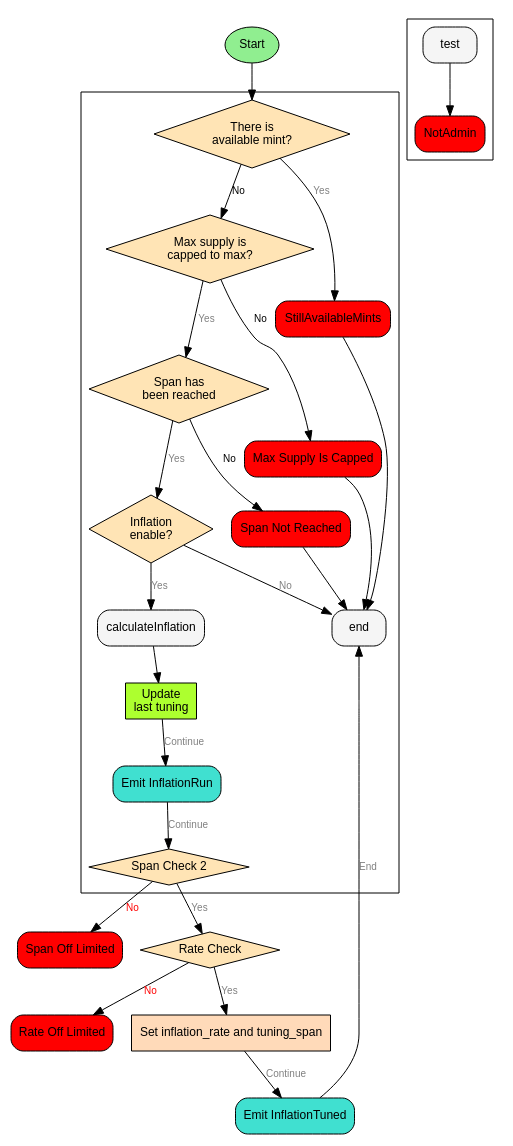
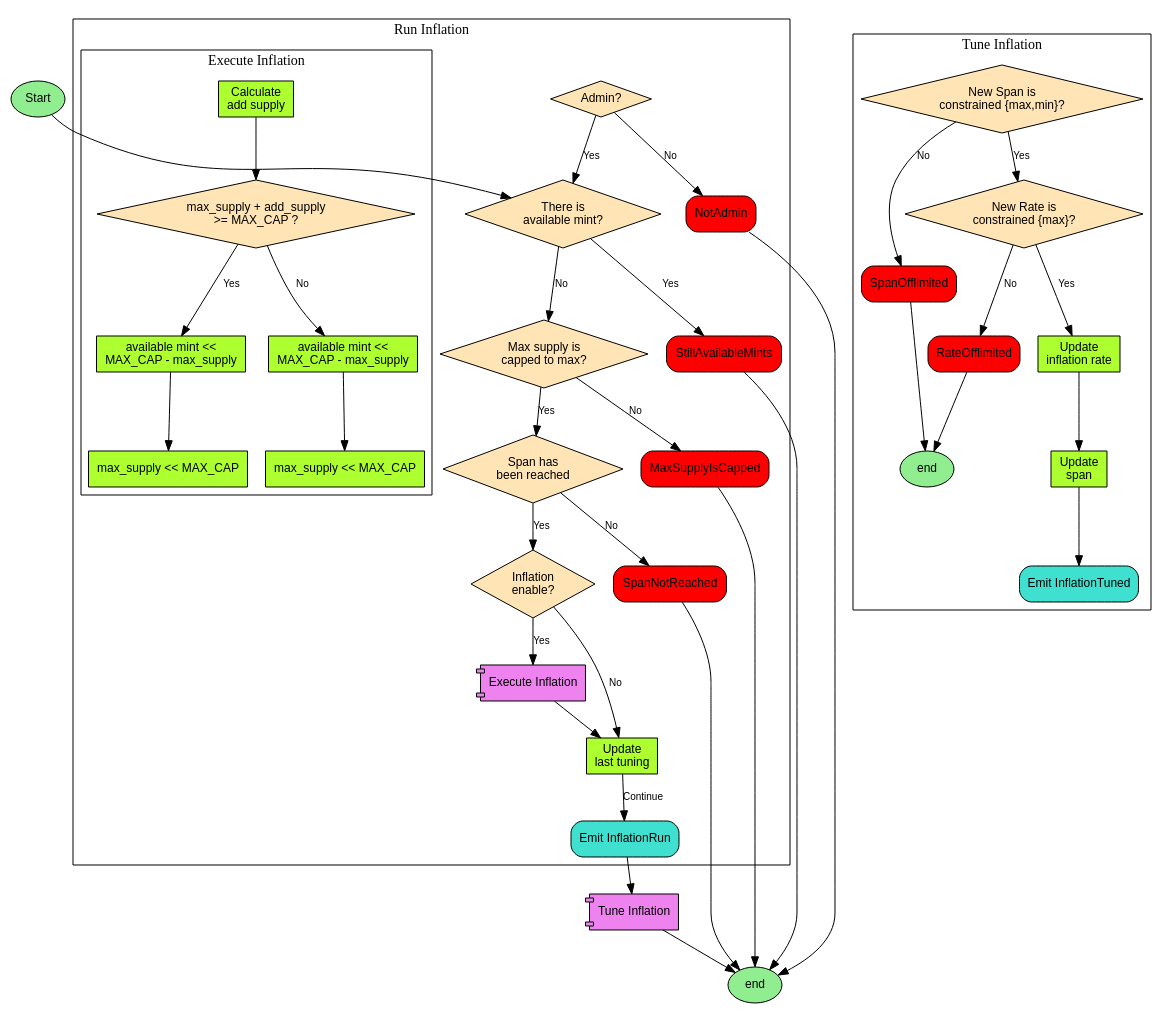
The diagram in doc/runInflation.dot (0xJournal/contracts-0xJ__GovernanceToken), drawn with Graphviz before and after one commit.

```diff
--- a/doc/runInflation.dot
+++ b/doc/runInflation.dot
@@ -1,74 +1,120 @@
 digraph {
     node [shape = box; style = "rounded, filled"; fillcolor = "#F5F5F5"; fontname = "Arial"; fontsize = 12;];
     edge [fontname = "Arial"; fontsize = 10;];
     
-    start [label = "Start";shape = "ellipse";style = "filled";fillcolor = "#90EE90";];
-    
-    start -> availableMintCheck;
-    
-    subgraph RunInflation2 {
-        cluster = true;
-        test -> revertNotAdmin;
+    subgraph StartEnd {
+        start [label = "Start";shape = "ellipse";style = "filled";fillcolor = "#90EE90";];
+        
+        start -> availableMintCheck;
+        
+        end [label = "end";shape = "ellipse";style = "filled";fillcolor = "#90EE90";];
     }
     
     subgraph RunInflation {
         cluster = true;
+        label = "Run Inflation";
+        
+        adminCheck [label = "Admin?";shape = "diamond";style = "filled";fillcolor = "#FFE4B5";];
+        adminCheck -> availableMintCheck [label = "Yes"; fontsize = 10;];
+        adminCheck -> revertNotAdmin [label = "No"; fontsize = 10;];
         revertNotAdmin [label = "NotAdmin";shape = "box";style = "rounded,filled";fillcolor = "red";];
         
         availableMintCheck [label = "There is\navailable mint?";shape = "diamond";style = "filled";fillcolor = "#FFE4B5";];
-        availableMintCheck -> revertStillAvailableMints [label = "Yes"; fontsize = 10; fontcolor = "#808080";];
+        availableMintCheck -> revertStillAvailableMints [label = "Yes"; fontsize = 10;];
         availableMintCheck -> maxSupplyCheck [label = "No"; fontsize = 10;];
         revertStillAvailableMints [label = "StillAvailableMints";shape = "box";style = "rounded,filled";fillcolor = "red";];
-        revertStillAvailableMints -> end;
+        
         
         maxSupplyCheck [label = "Max supply is\n capped to max?";shape = "diamond";style = "filled";fillcolor = "#FFE4B5";];
-        maxSupplyCheck -> spanCheck [label = "Yes"; fontsize = 10; fontcolor = "#808080";];
+        maxSupplyCheck -> spanCheck [label = "Yes"; fontsize = 10;];
         maxSupplyCheck -> revertMaxSupplyIsCapped [label = "No"; fontsize = 10;];
-        revertMaxSupplyIsCapped [label = "Max Supply Is Capped";shape = "box";style = "rounded,filled";fillcolor = "red";];
-        revertMaxSupplyIsCapped -> end;
+        revertMaxSupplyIsCapped [label = "MaxSupplyIsCapped";shape = "box";style = "rounded,filled";fillcolor = "red";];
         
         spanCheck [label = "Span has\nbeen reached";shape = "diamond";style = "filled";fillcolor = "#FFE4B5";];
-        spanCheck -> enableCheck [label = "Yes"; fontsize = 10; fontcolor = "#808080";];
+        spanCheck -> enableCheck [label = "Yes"; fontsize = 10;];
         spanCheck -> revertSpanNotReached [label = "No"; fontsize = 10;];
-        revertSpanNotReached [label = "Span Not Reached";shape = "box";style = "rounded,filled";fillcolor = "red";];
-        revertSpanNotReached -> end;
+        revertSpanNotReached [label = "SpanNotReached";shape = "box";style = "rounded,filled";fillcolor = "red";];
         
         enableCheck [label = "Inflation \nenable?";shape = "diamond";style = "filled";fillcolor = "#FFE4B5";];
-        enableCheck -> calculateInflation [label = "Yes"; fontsize = 10; fontcolor = "#808080";];
-        enableCheck -> end [label = "No"; fontsize = 10; fontcolor = "#808080";];
+        enableCheck -> executeInflationComponent [label = "Yes"; fontsize = 10;];
+        enableCheck -> lastTuningOn [label = "No"; fontsize = 10;];
         
-        calculateInflation -> lastTuningOn;
+        executeInflationComponent -> lastTuningOn;
+        executeInflationComponent [label = "Execute Inflation";shape = "component";style = "filled";fillcolor = "violet";];
+        
+        
+        subgraph ExecuteInflation {
+            cluster = true;
+            label = "Execute Inflation";
+            
+            add_supply [label = "Calculate \nadd supply";style = "filled";fillcolor = "greenyellow";];
+            add_supply -> add_supplyCheck;
+            add_supplyCheck [label = "max_supply + add_supply \n>= MAX_CAP ?";shape = "diamond";style = "filled";fillcolor = "#FFE4B5";];
+            add_supplyCheck -> updateAvailableMintA [label = "Yes"; fontsize = 10;];
+			updateAvailableMintA [label = "available mint << \nMAX_CAP - max_supply";style = "filled";fillcolor = "greenyellow";];
+            updateAvailableMintA -> updateMaxSupplyA;
+            updateMaxSupplyA [label = "max_supply << MAX_CAP";style = "filled";fillcolor = "greenyellow";];
+            
+			add_supplyCheck -> updateAvailableMintB [label = "No"; fontsize = 10;];
+            updateAvailableMintB [label = "available mint << \nMAX_CAP - max_supply";style = "filled";fillcolor = "greenyellow";];
+            
+			updateAvailableMintB -> updateMaxSupplyB;
+			updateMaxSupplyB [label = "max_supply << MAX_CAP";style = "filled";fillcolor = "greenyellow";];
+
+        }
+        
+        
+        // calculateAddSupply [label = "Calculate Add Supply";style = "filled";fillcolor = "#FFDAB9";];
+        // calculateAddSupply -> maxSupplyCheck2 [label = "max_supply + add_supply >= MAX_CAP"; fontsize = 10;];
+        // calculateAddSupply -> setMaxSupplyAndAvailableMint [label = "max_supply + add_supply < MAX_CAP"; fontsize = 10;];
+        // setMaxSupplyAndAvailableMint [label = "Set max_supply and available_mint";style = "filled";fillcolor = "#FFDAB9";];
+        // setMaxSupplyAndAvailableMint -> lastTuningOn [label = "Continue"; fontsize = 10;];
+        // maxSupplyCheck2 [label = "Max Supply Check 2";shape = "diamond";style = "filled";fillcolor = "#FFE4B5";];
+        // maxSupplyCheck2 -> setMaxSupplyAndAvailableMint [label = "Yes"; fontsize = 10;];
+        // maxSupplyCheck2 -> revertMaxSupplyIsCapped2 [label = "No"; fontsize = 10;];
+        
         
         lastTuningOn [label = "Update \nlast tuning";style = "filled";fillcolor = "greenyellow";];
-        lastTuningOn -> emitInflationRun [label = "Continue"; fontsize = 10; fontcolor = "#808080";];
+        lastTuningOn -> emitInflationRun [label = "Continue"; fontsize = 10;];
         emitInflationRun [label = "Emit InflationRun";shape = "box";style = "rounded,filled";fillcolor = "turquoise";];
-        emitInflationRun -> spanCheck2 [label = "Continue"; fontsize = 10; fontcolor = "#808080";];
+        // emitInflationRun -> newSpanCheck [label = "Continue"; fontsize = 10;];
     }
     
+    subgraph TuneInflationComponent {}
     
+    subgraph TuneInflation {
+        cluster = true;
+        label = "Tune Inflation";
+        
+        newSpanCheck [label = "New Span is \nconstrained {max,min}?";shape = "diamond";style = "filled";fillcolor = "#FFE4B5";];
+        newSpanCheck -> newRateCheck [label = "Yes"; fontsize = 10;];
+        newSpanCheck -> revertSpanOfflimited [label = "No"; fontsize = 10;];
+        revertSpanOfflimited [label = "SpanOfflimited";shape = "box";style = "rounded,filled";fillcolor = "red";];
+        
+        newRateCheck [label = "New Rate is \nconstrained {max}?";shape = "diamond";style = "filled";fillcolor = "#FFE4B5";];
+        newRateCheck -> updateInflationRate [label = "Yes"; fontsize = 10;];
+        newRateCheck -> revertRateOfflimited [label = "No"; fontsize = 10;];
+        revertRateOfflimited [label = "RateOfflimited";shape = "box";style = "rounded,filled";fillcolor = "red";];
+        
+        updateInflationRate [label = "Update\ninflation rate";style = "filled";fillcolor = "greenyellow";];
+        updateInflationRate -> updateSpan;
+        updateSpan [label = "Update\nspan";style = "filled";fillcolor = "greenyellow";];
+        updateSpan -> emitInflationTuned;
+        
+        
+        emitInflationTuned [label = "Emit InflationTuned";shape = "box";style = "rounded,filled";fillcolor = "turquoise";];
+        
+        end2 [label = "end";shape = "ellipse";style = "filled";fillcolor = "#90EE90";];
+    }
     
+    tuneInflationComponent [label = "Tune Inflation";shape = "component";style = "filled";fillcolor = "violet";];
     
-    
-    // calculateAddSupply [label = "Calculate Add Supply";style = "filled";fillcolor = "#FFDAB9";];
-    // calculateAddSupply -> maxSupplyCheck2 [label = "max_supply + add_supply >= MAX_CAP"; fontsize = 10; fontcolor = "#808080";];
-    // calculateAddSupply -> setMaxSupplyAndAvailableMint [label = "max_supply + add_supply < MAX_CAP"; fontsize = 10; fontcolor = "#808080";];
-    // setMaxSupplyAndAvailableMint [label = "Set max_supply and available_mint";style = "filled";fillcolor = "#FFDAB9";];
-    // setMaxSupplyAndAvailableMint -> lastTuningOn [label = "Continue"; fontsize = 10; fontcolor = "#808080";];
-    // maxSupplyCheck2 [label = "Max Supply Check 2";shape = "diamond";style = "filled";fillcolor = "#FFE4B5";];
-    // maxSupplyCheck2 -> setMaxSupplyAndAvailableMint [label = "Yes"; fontsize = 10; fontcolor = "#808080";];
-    // maxSupplyCheck2 -> revertMaxSupplyIsCapped2 [label = "No"; fontsize = 10; fontcolor = "red";];
-    
-    spanCheck2 [label = "Span Check 2";shape = "diamond";style = "filled";fillcolor = "#FFE4B5";];
-    spanCheck2 -> rateCheck [label = "Yes"; fontsize = 10; fontcolor = "#808080";];
-    spanCheck2 -> revertSpanOfflimited [label = "No"; fontsize = 10; fontcolor = "red";];
-    rateCheck [label = "Rate Check";shape = "diamond";style = "filled";fillcolor = "#FFE4B5";];
-    rateCheck -> setInflationRateAndTuningSpan [label = "Yes"; fontsize = 10; fontcolor = "#808080";];
-    rateCheck -> revertRateOfflimited [label = "No"; fontsize = 10; fontcolor = "red";];
-    setInflationRateAndTuningSpan [label = "Set inflation_rate and tuning_span";style = "filled";fillcolor = "#FFDAB9";];
-    setInflationRateAndTuningSpan -> emitInflationTuned [label = "Continue"; fontsize = 10; fontcolor = "#808080";];
-    emitInflationTuned [label = "Emit InflationTuned";shape = "box";style = "rounded,filled";fillcolor = "turquoise";];
-    emitInflationTuned -> end [label = "End"; fontsize = 10; fontcolor = "#808080";];
-    
-    revertSpanOfflimited [label = "Span Off Limited";shape = "box";style = "rounded,filled";fillcolor = "red";];
-    revertRateOfflimited [label = "Rate Off Limited";shape = "box";style = "rounded,filled";fillcolor = "red";];
+    revertStillAvailableMints -> end;
+    revertMaxSupplyIsCapped -> end;
+    revertSpanNotReached -> end;
+    revertSpanOfflimited -> end2;
+    revertRateOfflimited -> end2;
+    revertNotAdmin -> end;
+    emitInflationRun -> tuneInflationComponent;
+    tuneInflationComponent -> end;
 }
```
